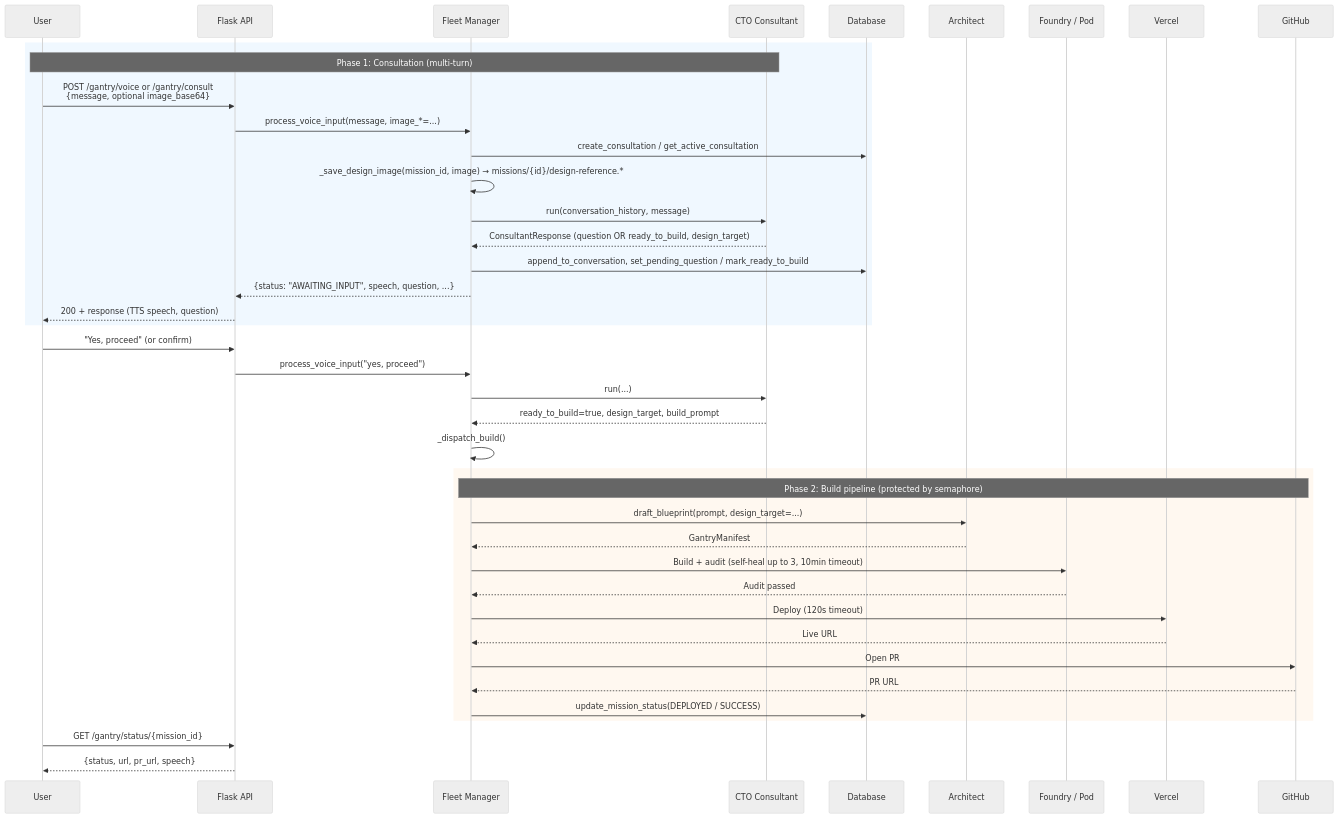
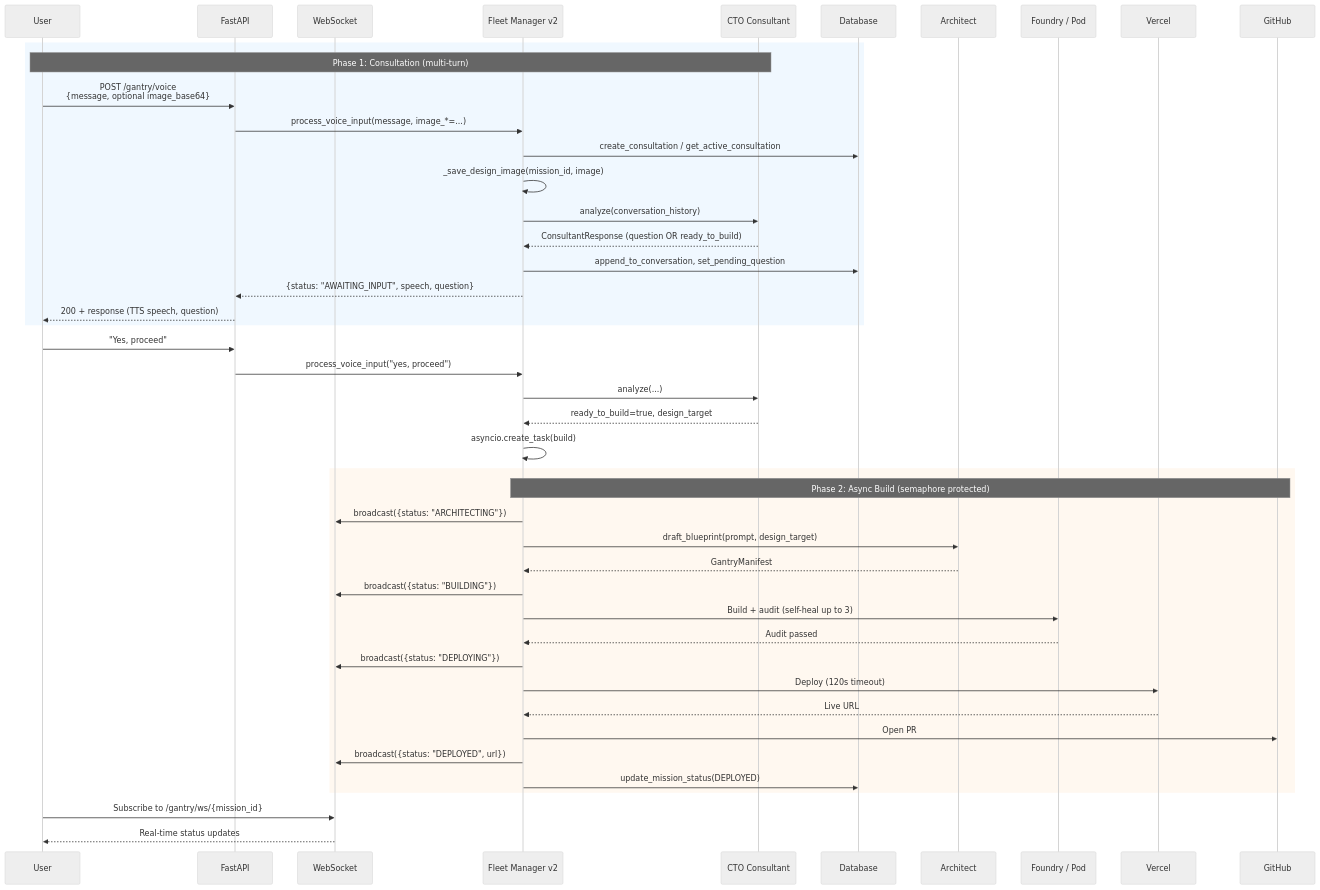
Before and after one commit to Jarvis2021/gantry: the second of 4 diagrams in ARCHITECTURE.md, drawn with Mermaid (neutral theme). The commit also changed other lines of this file and 6 other files, not shown here.

First line of the commit message:
feat: Complete FastAPI migration with V7.0 2026 architecture

````diff
--- a/ARCHITECTURE.md
+++ b/ARCHITECTURE.md
@@ -119,47 +178,51 @@
 ```mermaid
 sequenceDiagram
     participant User as User
-    participant API as Flask API
-    participant Fleet as Fleet Manager
+    participant API as FastAPI
+    participant WS as WebSocket
+    participant Fleet as Fleet Manager v2
     participant Consultant as CTO Consultant
     participant DB as Database
     participant Architect as Architect
     participant Pod as Foundry / Pod
     participant Vercel as Vercel
     participant GitHub as GitHub
 
     rect rgb(240, 248, 255)
         Note over User,Consultant: Phase 1: Consultation (multi-turn)
-        User->>API: POST /gantry/voice or /gantry/consult<br/>{message, optional image_base64}
+        User->>API: POST /gantry/voice<br/>{message, optional image_base64}
         API->>Fleet: process_voice_input(message, image_*=...)
         Fleet->>DB: create_consultation / get_active_consultation
-        Fleet->>Fleet: _save_design_image(mission_id, image) → missions/{id}/design-reference.*
-        Fleet->>Consultant: run(conversation_history, message)
-        Consultant-->>Fleet: ConsultantResponse (question OR ready_to_build, design_target)
-        Fleet->>DB: append_to_conversation, set_pending_question / mark_ready_to_build
-        Fleet-->>API: {status: "AWAITING_INPUT", speech, question, ...}
+        Fleet->>Fleet: _save_design_image(mission_id, image)
+        Fleet->>Consultant: analyze(conversation_history)
+        Consultant-->>Fleet: ConsultantResponse (question OR ready_to_build)
+        Fleet->>DB: append_to_conversation, set_pending_question
+        Fleet-->>API: {status: "AWAITING_INPUT", speech, question}
         API-->>User: 200 + response (TTS speech, question)
     end
 
-    User->>API: "Yes, proceed" (or confirm)
+    User->>API: "Yes, proceed"
     API->>Fleet: process_voice_input("yes, proceed")
-    Fleet->>Consultant: run(...)
-    Consultant-->>Fleet: ready_to_build=true, design_target, build_prompt
-    Fleet->>Fleet: _dispatch_build()
+    Fleet->>Consultant: analyze(...)
+    Consultant-->>Fleet: ready_to_build=true, design_target
+    Fleet->>Fleet: asyncio.create_task(build)
 
     rect rgb(255, 248, 240)
-        Note over Fleet,GitHub: Phase 2: Build pipeline (protected by semaphore)
-        Fleet->>Architect: draft_blueprint(prompt, design_target=...)
+        Note over Fleet,GitHub: Phase 2: Async Build (semaphore protected)
+        Fleet->>WS: broadcast({status: "ARCHITECTING"})
+        Fleet->>Architect: draft_blueprint(prompt, design_target)
         Architect-->>Fleet: GantryManifest
-        Fleet->>Pod: Build + audit (self-heal up to 3, 10min timeout)
+        Fleet->>WS: broadcast({status: "BUILDING"})
+        Fleet->>Pod: Build + audit (self-heal up to 3)
         Pod-->>Fleet: Audit passed
+        Fleet->>WS: broadcast({status: "DEPLOYING"})
         Fleet->>Vercel: Deploy (120s timeout)
         Vercel-->>Fleet: Live URL
         Fleet->>GitHub: Open PR
-        GitHub-->>Fleet: PR URL
-        Fleet->>DB: update_mission_status(DEPLOYED / SUCCESS)
+        Fleet->>WS: broadcast({status: "DEPLOYED", url})
+        Fleet->>DB: update_mission_status(DEPLOYED)
     end
 
-    User->>API: GET /gantry/status/{mission_id}
-    API-->>User: {status, url, pr_url, speech}
+    User->>WS: Subscribe to /gantry/ws/{mission_id}
+    WS-->>User: Real-time status updates
 ```
````
